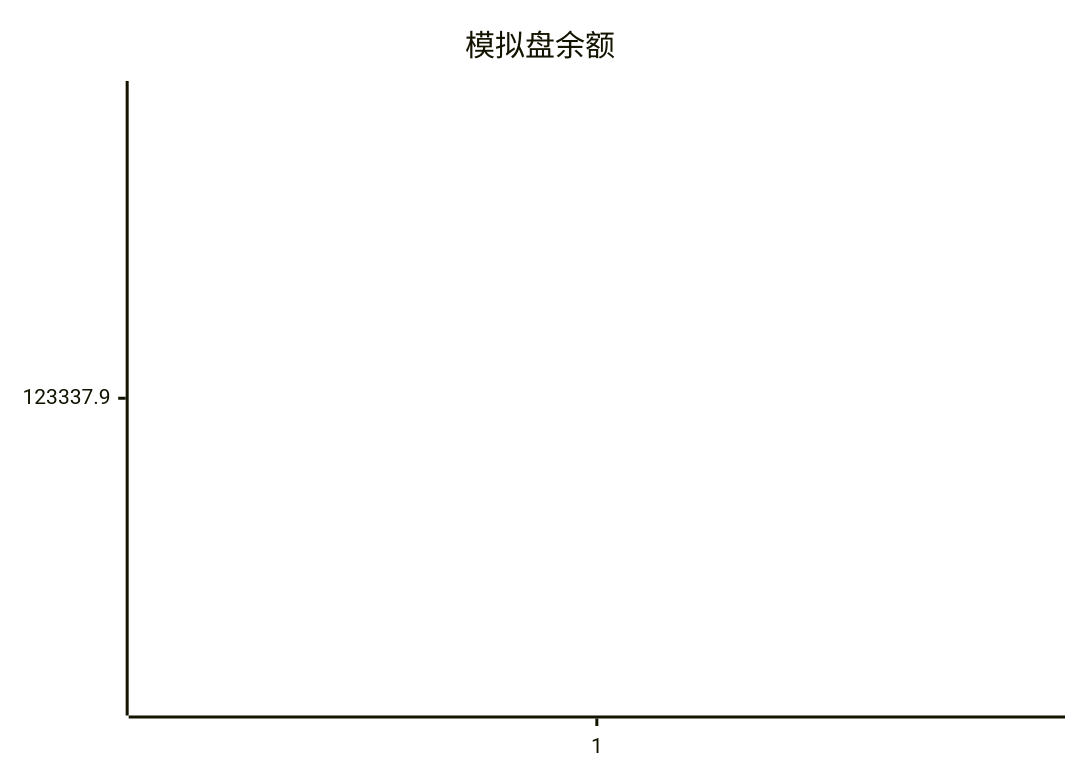
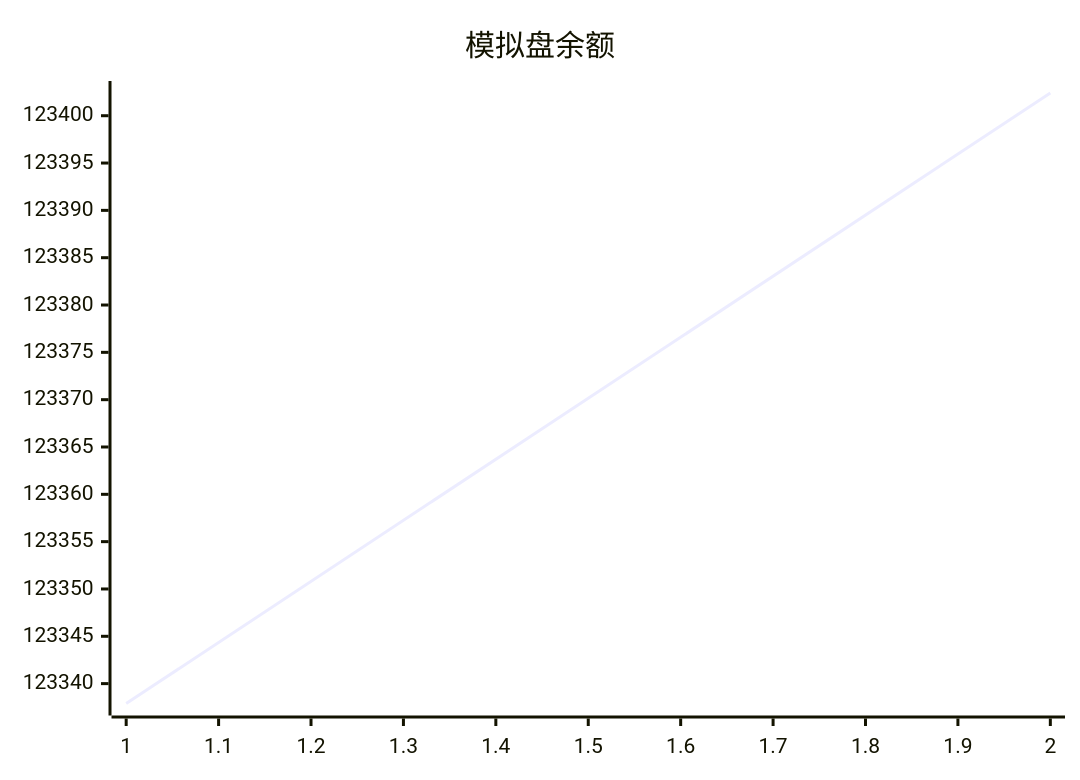
The diagram in trading/README.md (aahl/mcp-aktools), drawn with Mermaid before and after one commit. The commit also changed 1 other file, not shown here.

Commit message:
📈 AkTools MCP Server

````diff
--- a/trading/README.md
+++ b/trading/README.md
@@ -3,5 +3,5 @@
 ```mermaid
 xychart
     title "模拟盘余额"
-    line [123337.9]
+    line [123337.9,123402.4]
 ```
````
